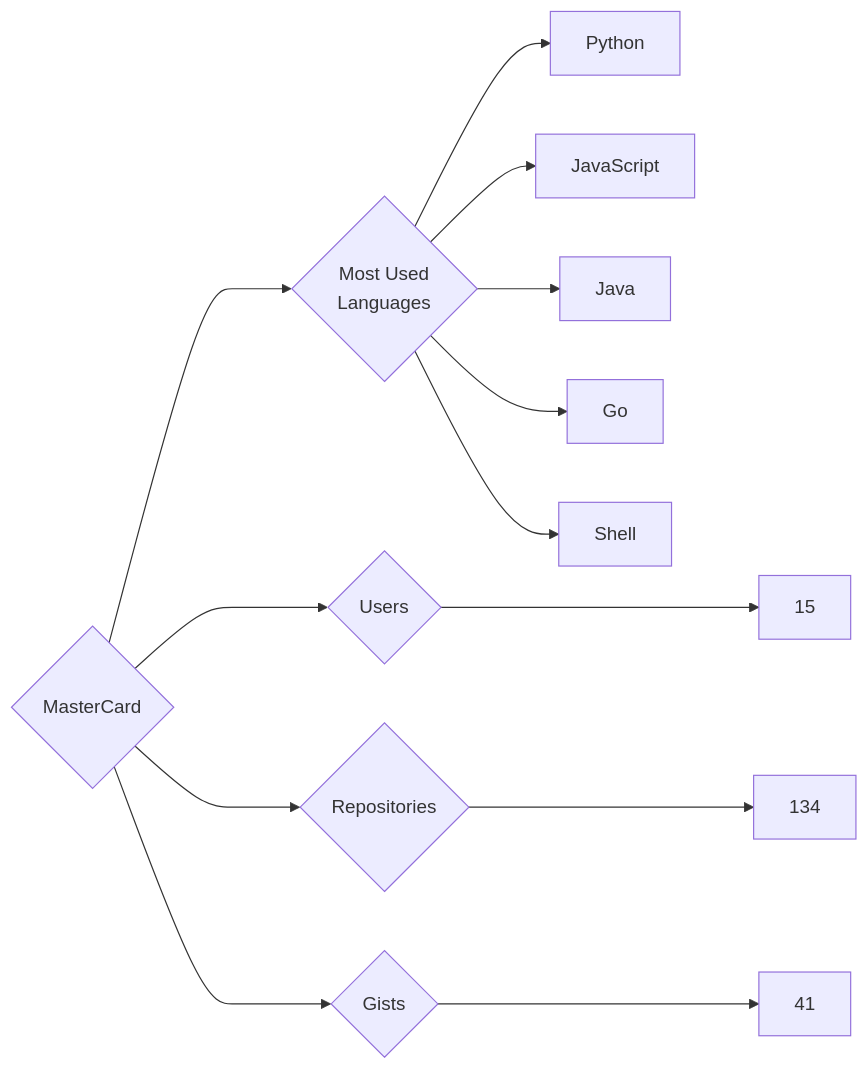
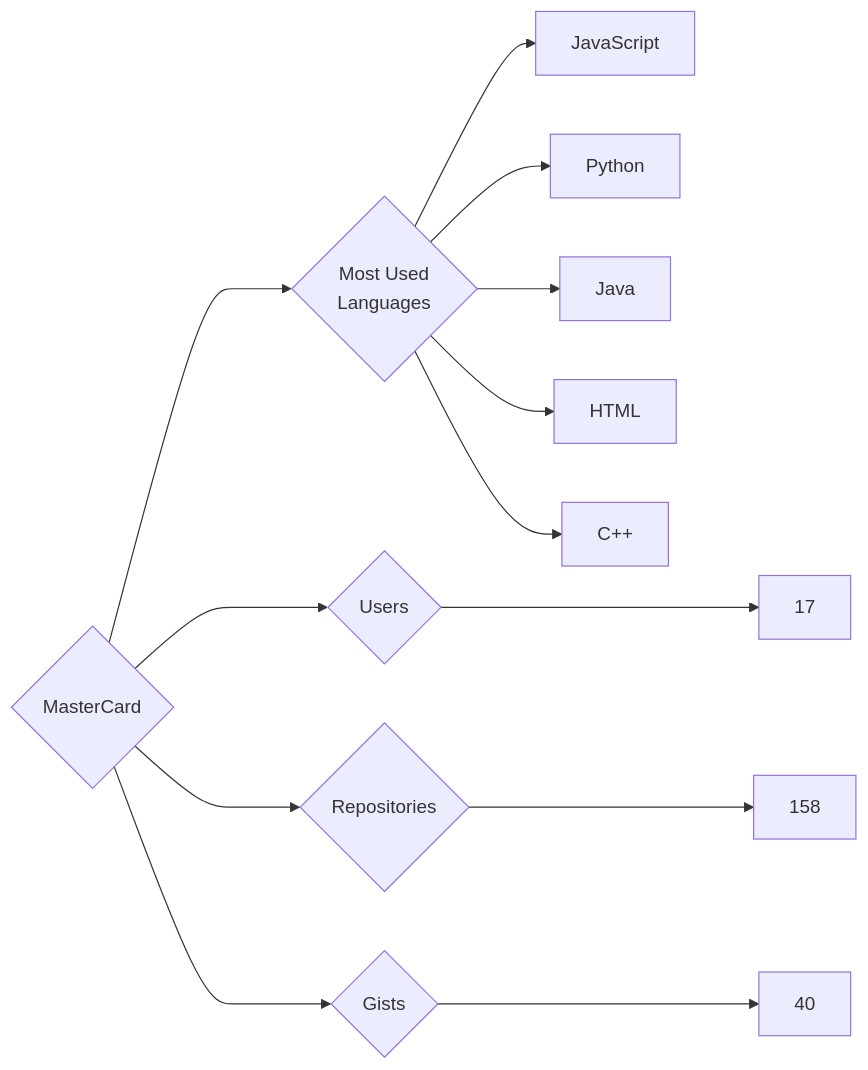
The diagram in targets/MasterCard/README.md (trickest/insiders), drawn with Mermaid before and after one commit. The commit also changed 1479 other files, not shown here.

````diff
--- a/targets/MasterCard/README.md
+++ b/targets/MasterCard/README.md
@@ -3,13 +3,13 @@
 ```mermaid
 graph LR
 COMPANY_NAME{MasterCard}
-COMPANY_NAME ---> U{Users} ---> UN[15]
-COMPANY_NAME ---> R{Repositories} ---> RN[134]
-COMPANY_NAME ---> G{Gists} ---> GN[41]
+COMPANY_NAME ---> U{Users} ---> UN[17]
+COMPANY_NAME ---> R{Repositories} ---> RN[158]
+COMPANY_NAME ---> G{Gists} ---> GN[40]
 COMPANY_NAME ---> ML{Most Used<br>Languages}
+ML --> JavaScript[JavaScript]
 ML --> Python[Python]
-ML --> JavaScript[JavaScript]
 ML --> Java[Java]
-ML --> Go[Go]
-ML --> Shell[Shell]
+ML --> HTML[HTML]
+ML --> C++[C++]
 ```
````
